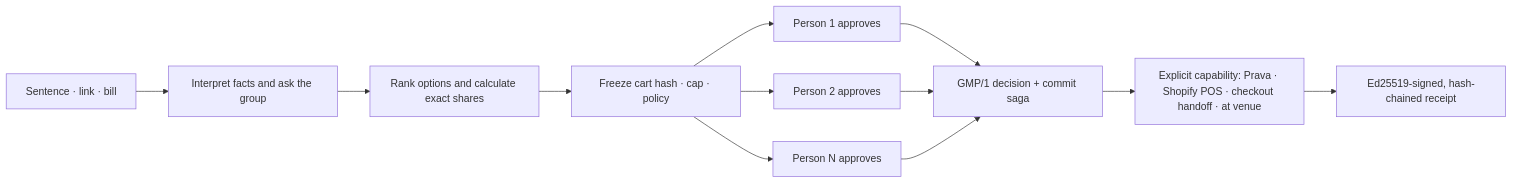
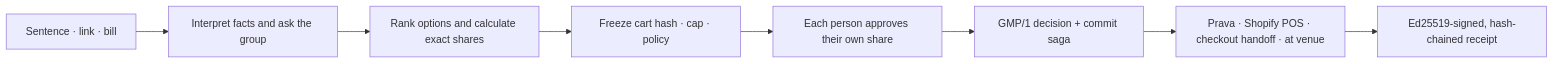
One commit to Soham109/sutra changed the diagram in README.md. Above: the diagram before and after it, drawn with Mermaid. The commit also changed other lines of this file and 31 other files, not shown here.

````diff
--- a/README.md
+++ b/README.md
@@ -29,14 +25,10 @@
 ```mermaid
 flowchart LR
     A["Sentence · link · bill"] --> B["Interpret facts and ask the group"]
     B --> C["Rank options and calculate exact shares"]
     C --> D["Freeze cart hash · cap · policy"]
-    D --> E1["Person 1 approves"]
-    D --> E2["Person 2 approves"]
-    D --> E3["Person N approves"]
-    E1 --> F["GMP/1 decision + commit saga"]
-    E2 --> F
-    E3 --> F
-    F --> G["Explicit capability: Prava · Shopify POS · checkout handoff · at venue"]
+    D --> E["Each person approves their own share"]
+    E --> F["GMP/1 decision + commit saga"]
+    F --> G["Prava · Shopify POS · checkout handoff · at venue"]
     G --> H["Ed25519-signed, hash-chained receipt"]
 ```
````
